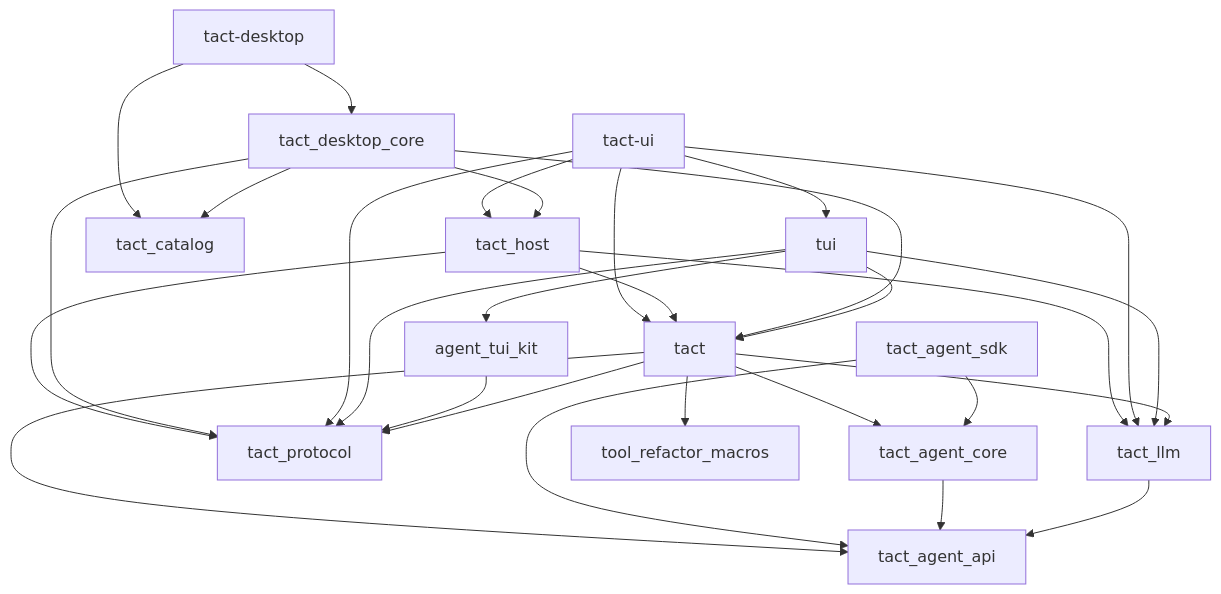
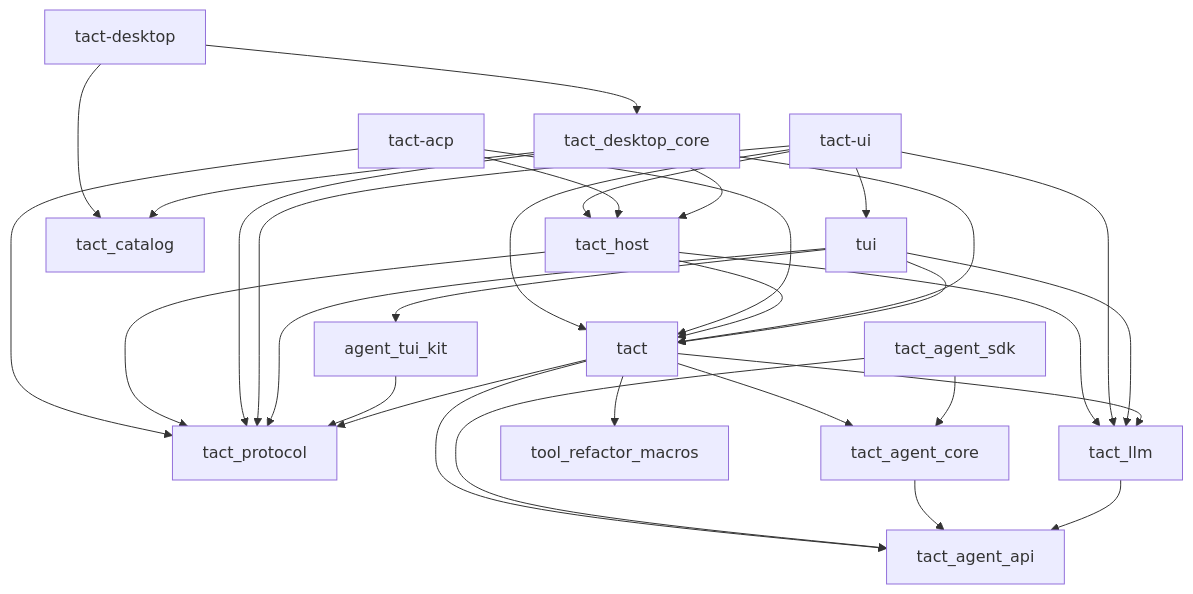
One commit to rust-infra/tact changed the first of 10 diagrams in ARCHITECTURE.md. Above: the diagram before and after it, drawn with Mermaid. The commit also changed other lines of this file and 60 other files, not shown here.

````diff
--- a/ARCHITECTURE.md
+++ b/ARCHITECTURE.md
@@ -32,31 +33,34 @@
 ```mermaid
 flowchart TB
     tact_ui["tact-ui"] --> tact
     tact_ui --> tact_host["tact_host"]
+    tact_acp["tact-acp"] --> tact
+    tact_acp --> tact_host
+    tact_acp --> tact_protocol
     tact_host --> tact
     tact_host --> tact_llm
     tact_host --> tact_protocol
     tact_desktop["tact-desktop"] --> tact_desktop_core["tact_desktop_core"]
     tact_desktop --> tact_catalog
     tact_desktop_core --> tact_host
     tact_desktop_core --> tact_catalog
     tact_desktop_core --> tact_protocol
     tact_desktop_core --> tact
     tact_ui --> tui
     tact_ui --> tact_llm
     tact_ui --> tact_protocol
     tui --> agent_tui_kit
     tui --> tact
     tui --> tact_llm
     tui --> tact_protocol
     agent_tui_kit --> tact_protocol
     tact --> tact_agent_api["tact_agent_api"]
     tact --> tact_agent_core["tact_agent_core"]
     tact --> tact_llm
     tact --> tact_protocol
     tact --> tool_refactor_macros
     tact_agent_sdk["tact_agent_sdk"] --> tact_agent_api["tact_agent_api"]
     tact_agent_sdk --> tact_agent_core["tact_agent_core"]
     tact_agent_core --> tact_agent_api
     tact_llm --> tact_agent_api
 ```
````
